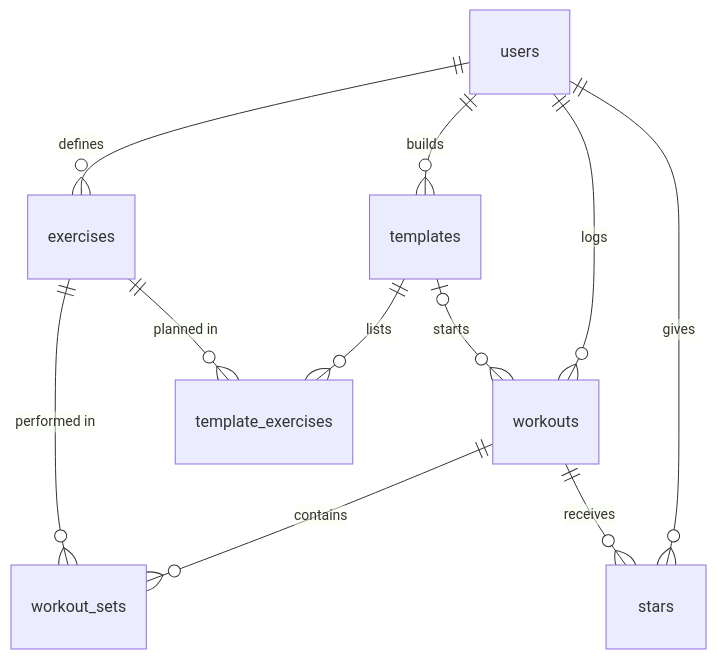
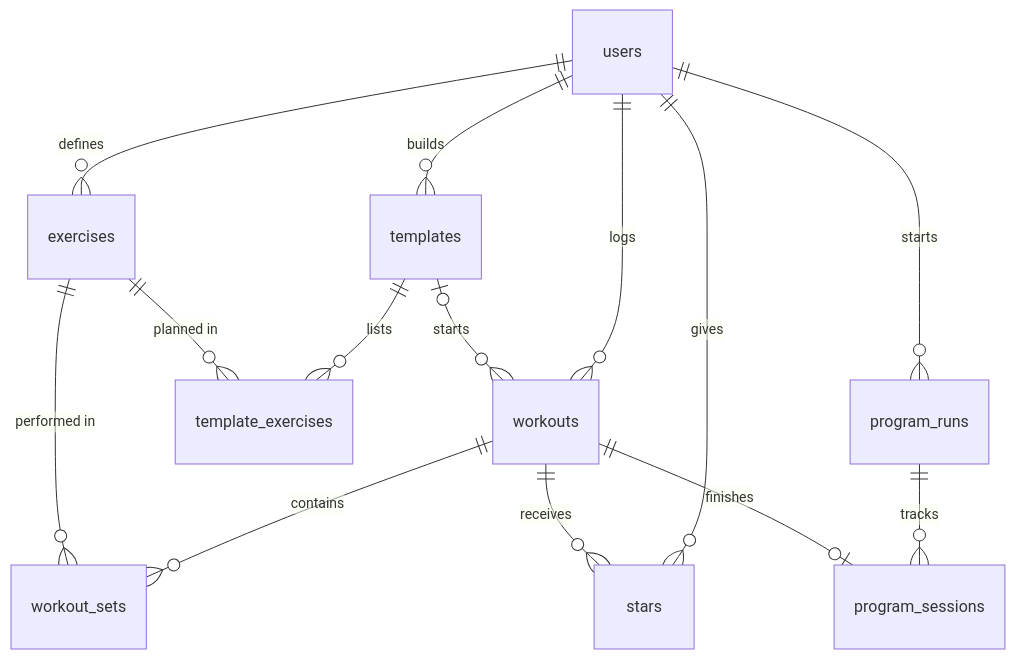
The diagram in schema.md (kureemn/barbook), drawn with Mermaid before and after one commit. The commit also changed other lines of this file and 12 other files, not shown here.

````diff
--- a/schema.md
+++ b/schema.md
@@ -110,13 +138,16 @@
 ```mermaid
 erDiagram
     users ||--o{ exercises : defines
     users ||--o{ workouts : logs
     workouts ||--o{ workout_sets : contains
     exercises ||--o{ workout_sets : "performed in"
     users ||--o{ stars : gives
     workouts ||--o{ stars : receives
     users ||--o{ templates : builds
     templates ||--o{ template_exercises : lists
     exercises ||--o{ template_exercises : "planned in"
     templates |o--o{ workouts : starts
+    users ||--o{ program_runs : starts
+    program_runs ||--o{ program_sessions : tracks
+    workouts ||--o| program_sessions : finishes
 ```
````
